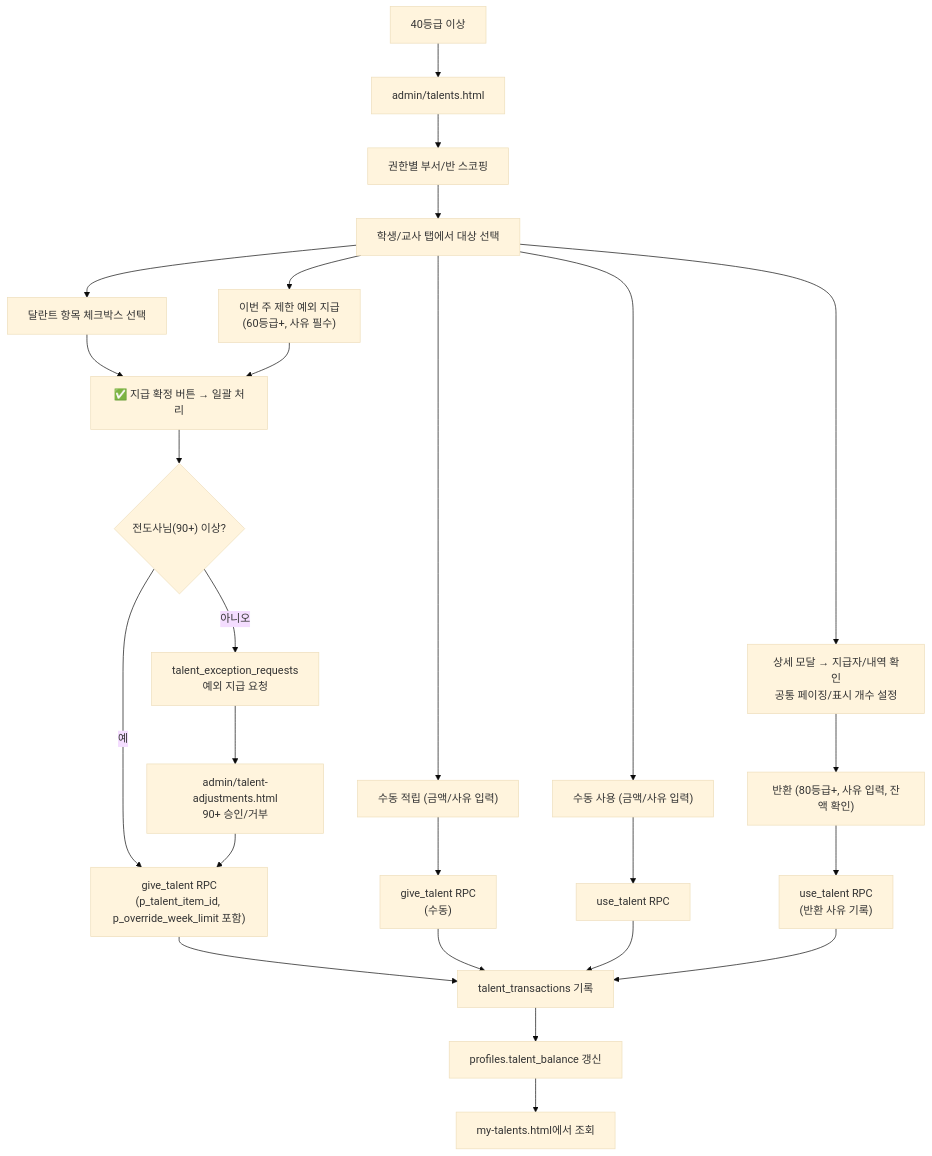
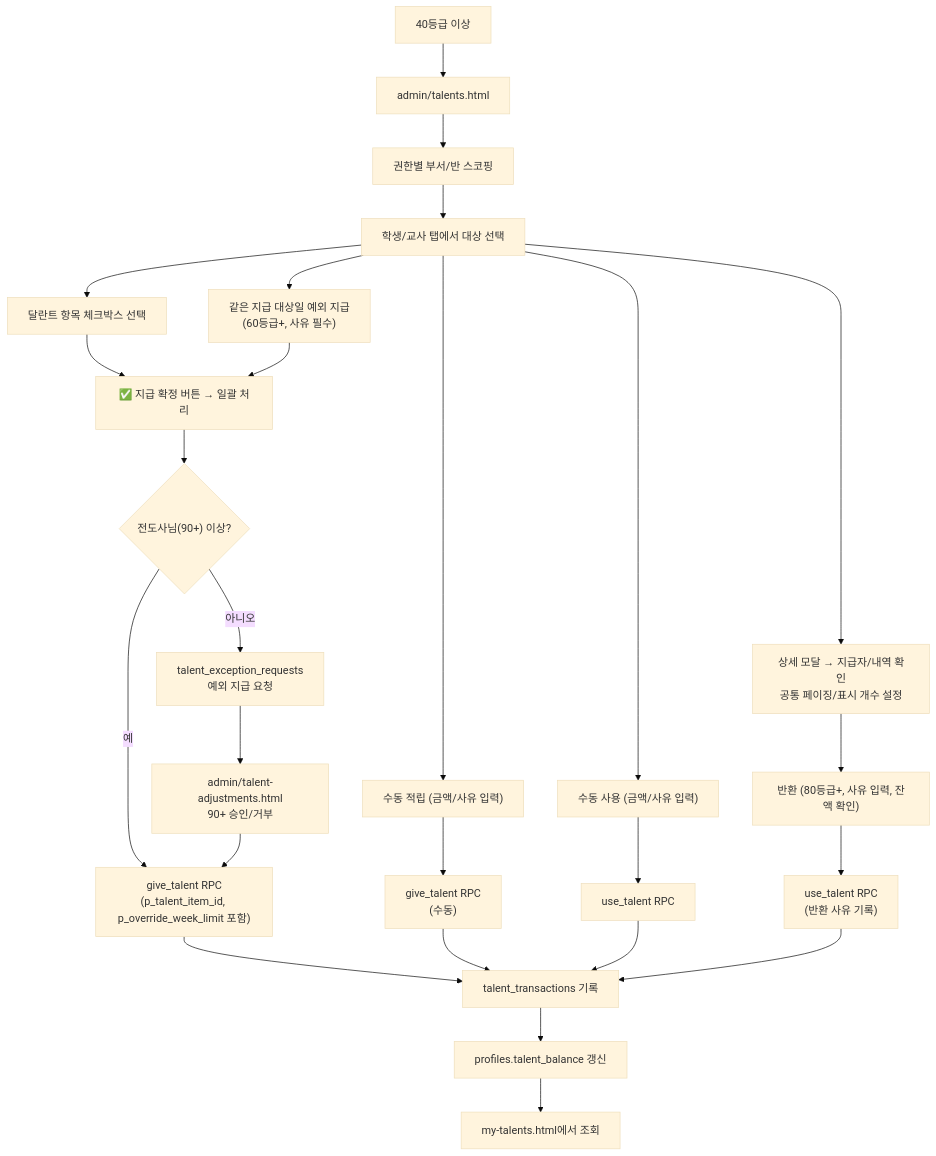
The tenth of 17 diagrams in docs/PROJECT_ARCHITECTURE_FLOW.md (CHO-Talents-Test/CHO-Talents-Test), drawn with Mermaid (base theme) before and after one commit. The commit also changed other lines of this file and 20 other files, not shown here.

````diff
--- a/docs/PROJECT_ARCHITECTURE_FLOW.md
+++ b/docs/PROJECT_ARCHITECTURE_FLOW.md
@@ -482,29 +486,29 @@
 ```mermaid
 flowchart TD
   Manager["40등급 이상"] --> TalentPage["admin/talents.html"]
   TalentPage --> Scope["권한별 부서/반 스코핑"]
   Scope --> Target["학생/교사 탭에서 대상 선택"]
   Target --> ItemCheck["달란트 항목 체크박스 선택"]
-  Target --> Override["이번 주 제한 예외 지급<br/>(60등급+, 사유 필수)"]
+  Target --> Override["같은 지급 대상일 예외 지급<br/>(60등급+, 사유 필수)"]
   Target --> ManualGive["수동 적립 (금액/사유 입력)"]
   Target --> ManualUse["수동 사용 (금액/사유 입력)"]
   ItemCheck --> Confirm["✅ 지급 확정 버튼 → 일괄 처리"]
   Override --> Confirm
   Confirm --> RankCheck{"전도사님(90+) 이상?"}
   RankCheck -->|예| GiveRPC["give_talent RPC<br/>(p_talent_item_id, p_override_week_limit 포함)"]
   RankCheck -->|아니오| ExceptionReq["talent_exception_requests<br/>예외 지급 요청"]
   ExceptionReq --> Approval["admin/talent-adjustments.html<br/>90+ 승인/거부"]
   Approval --> GiveRPC
   ManualGive --> GiveTalent["give_talent RPC<br/>(수동)"]
   ManualUse --> UseTalent["use_talent RPC"]
   GiveRPC --> Tx["talent_transactions 기록"]
   GiveTalent --> Tx
   UseTalent --> Tx
   Tx --> Balance["profiles.talent_balance 갱신"]
   Balance --> UserView["my-talents.html에서 조회"]
 
   Target --> Detail["상세 모달 → 지급자/내역 확인<br/>공통 페이징/표시 개수 설정"]
   Detail --> Return["반환 (80등급+, 사유 입력, 잔액 확인)"]
   Return --> ReturnRPC["use_talent RPC<br/>(반환 사유 기록)"]
   ReturnRPC --> Tx
 ```
````
